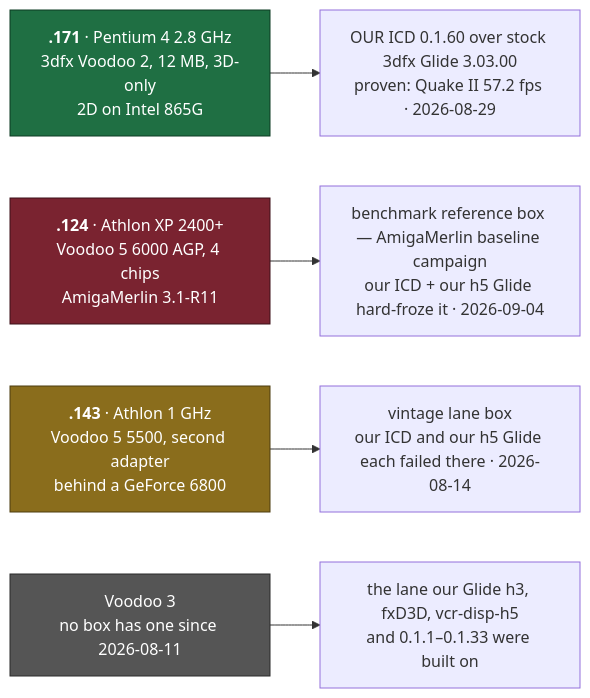
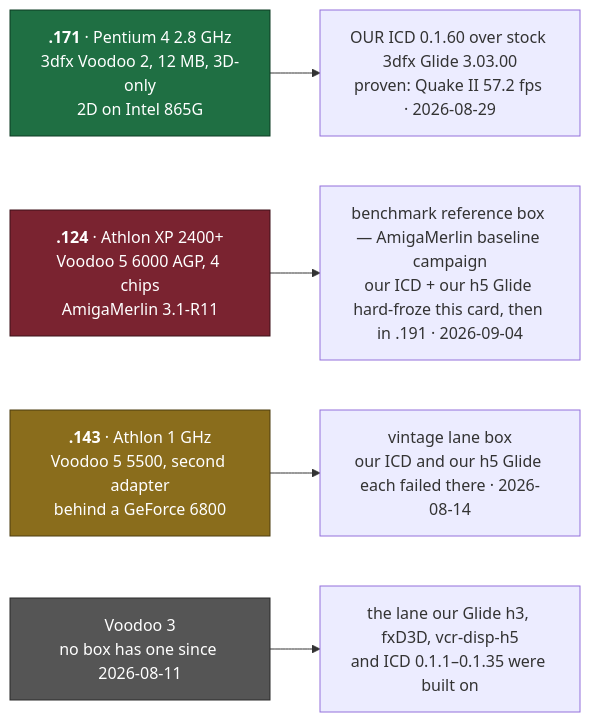
The first of 14 diagrams in voodoo-cleanroom/README.md (voidsstr/retro-agent), drawn with Mermaid before and after one commit. The commit also changed other lines of this file and 7 other files, not shown here.

````diff
--- a/voodoo-cleanroom/README.md
+++ b/voodoo-cleanroom/README.md
@@ -78,17 +81,17 @@
 ```mermaid
 flowchart LR
     classDef ours fill:#1f6f43,stroke:#0d3b22,color:#ffffff
     classDef borrowed fill:#8a6d1c,stroke:#4d3c0f,color:#ffffff
     classDef blocked fill:#7a2330,stroke:#3d1118,color:#ffffff
     classDef gone fill:#555555,stroke:#2b2b2b,color:#ffffff
 
     S171["<b>.171</b> · Pentium 4 2.8 GHz<br/>3dfx Voodoo 2, 12 MB, 3D-only<br/>2D on Intel 865G"]:::ours
     S124["<b>.124</b> · Athlon XP 2400+<br/>Voodoo 5 6000 AGP, 4 chips<br/>AmigaMerlin 3.1-R11"]:::blocked
     S143["<b>.143</b> · Athlon 1 GHz<br/>Voodoo 5 5500, second adapter<br/>behind a GeForce 6800"]:::borrowed
     V3["Voodoo 3<br/>no box has one since 2026-08-11"]:::gone
 
     S171 --> R171["OUR ICD 0.1.60 over stock 3dfx Glide 3.03.00<br/>proven: Quake II 57.2 fps · 2026-08-29"]
-    S124 --> R124["benchmark reference box — AmigaMerlin baseline campaign<br/>our ICD + our h5 Glide hard-froze it · 2026-09-04"]
+    S124 --> R124["benchmark reference box — AmigaMerlin baseline campaign<br/>our ICD + our h5 Glide hard-froze this card, then in .191 · 2026-09-04"]
     S143 --> R143["vintage lane box<br/>our ICD and our h5 Glide each failed there · 2026-08-14"]
-    V3 --> RV3["the lane our Glide h3, fxD3D, vcr-disp-h5<br/>and 0.1.1–0.1.33 were built on"]
+    V3 --> RV3["the lane our Glide h3, fxD3D, vcr-disp-h5<br/>and ICD 0.1.1–0.1.35 were built on"]
 ```
````
